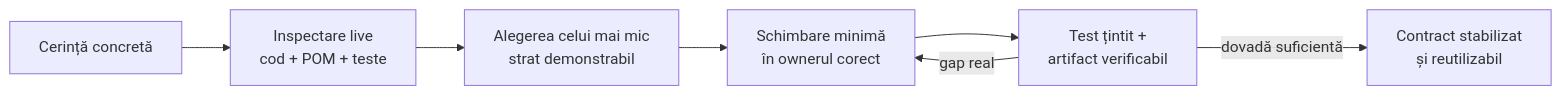
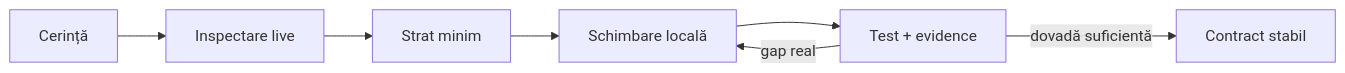
The fourth of 6 diagrams in README.md (crististefanita/demo2), drawn with Mermaid before and after one commit. The commit also changed other lines of this file and 132 other files, not shown here.

````diff
--- a/README.md
+++ b/README.md
@@ -190,13 +190,13 @@
 ```mermaid
 flowchart LR
-    Need[Cerință concretă]
-    Inspect[Inspectare live<br/>cod + POM + teste]
-    Layer[Alegerea celui mai mic<br/>strat demonstrabil]
-    Change[Schimbare minimă<br/>în ownerul corect]
-    Verify[Test țintit +<br/>artifact verificabil]
-    Harden[Contract stabilizat<br/>și reutilizabil]
+    Need[Cerință]
+    Inspect[Inspectare live]
+    Layer[Strat minim]
+    Change[Schimbare locală]
+    Verify[Test + evidence]
+    Harden[Contract stabil]
 
     Need --> Inspect --> Layer --> Change --> Verify
     Verify -->|gap real| Change
     Verify -->|dovadă suficientă| Harden
 ```
````
